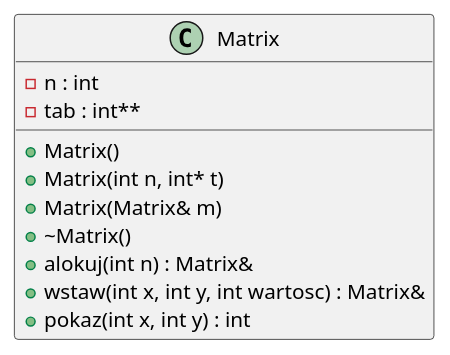
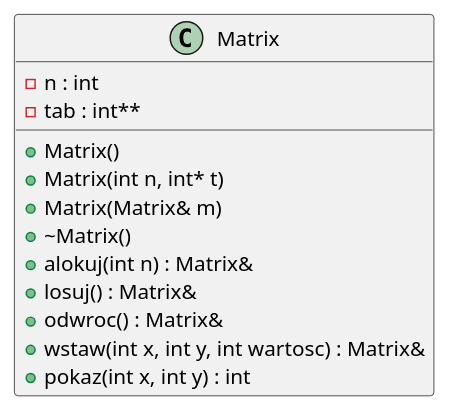
The diagram in inline_umlgraph_pnghtml.pu (kluchoo/Matrix), drawn with PlantUML before and after one commit. The commit also changed 22 other files, not shown here.

```diff
--- a/inline_umlgraph_pnghtml.pu
+++ b/inline_umlgraph_pnghtml.pu
@@ -1,14 +1,16 @@
 @startuml inline_umlgraph_1.png
 class Matrix {
 -n : int
 -tab : int**
 +Matrix()
 +Matrix(int n, int* t)
 +Matrix(Matrix& m)
 +~Matrix()
 +alokuj(int n) : Matrix&
++losuj() : Matrix&
++odwroc() : Matrix&
 +wstaw(int x, int y, int wartosc) : Matrix&
 +pokaz(int x, int y) : int
 
 }
 @enduml
```
